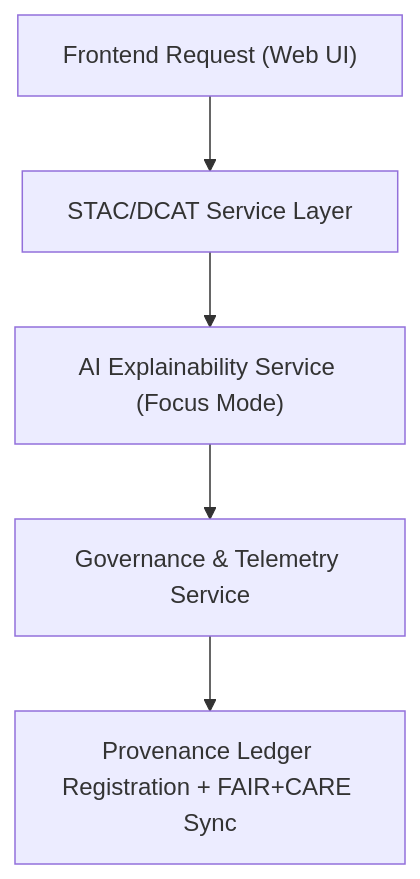
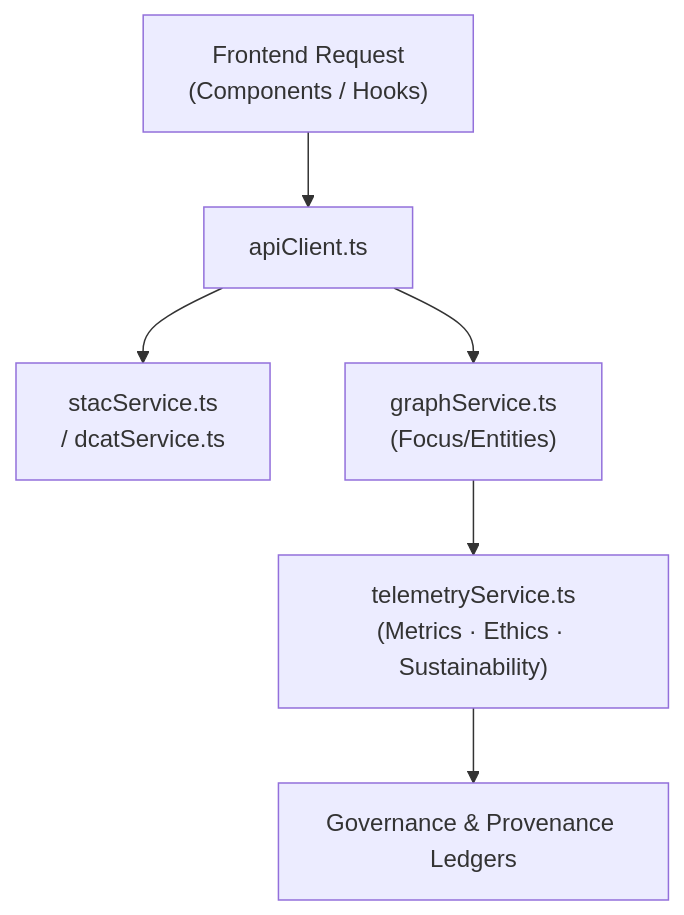
The diagram in web/src/services/README.md (bartytime4life/Kansas-Frontier-Matrix), drawn with Mermaid before and after one commit. The commit also changed other lines of this file, not shown here.

````diff
--- a/web/src/services/README.md
+++ b/web/src/services/README.md
@@ -65,7 +73,8 @@
-```mermaid
+~~~~~mermaid
 flowchart TD
-    A["Frontend Request (Web UI)"] --> B["STAC/DCAT Service Layer"]
-    B --> C["AI Explainability Service (Focus Mode)"]
-    C --> D["Governance & Telemetry Service"]
-    D --> E["Provenance Ledger Registration + FAIR+CARE Sync"]
-```
+  A["Frontend Request<br/>(Components / Hooks)"] --> B["apiClient.ts"]
+  B --> C["stacService.ts<br/>/ dcatService.ts"]
+  B --> D["graphService.ts<br/>(Focus/Entities)"]
+  D --> E["telemetryService.ts<br/>(Metrics · Ethics · Sustainability)"]
+  E --> F["Governance & Provenance Ledgers"]
+~~~~~
````
